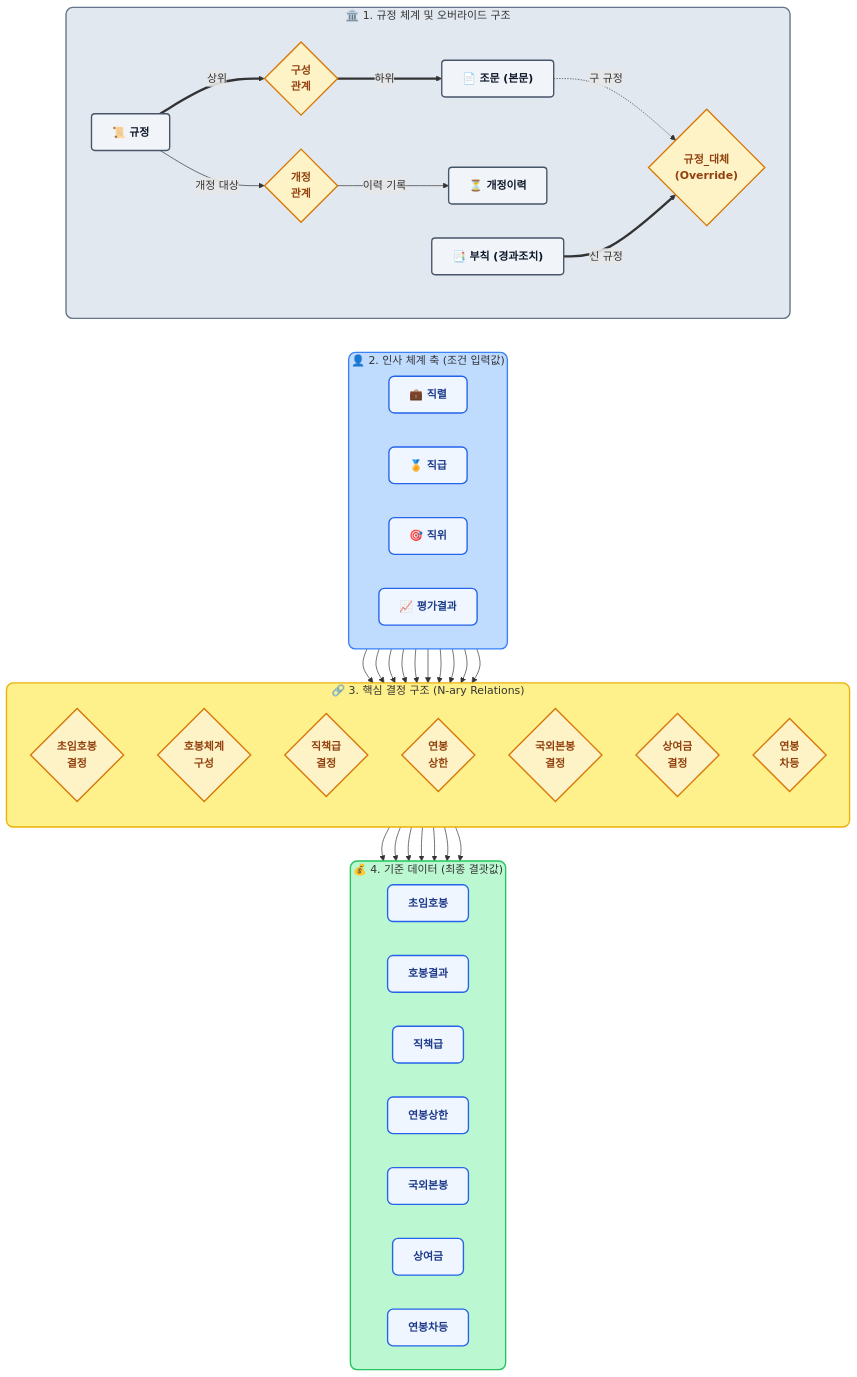
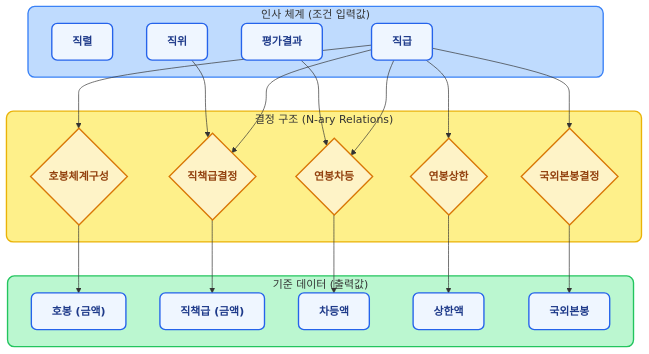
Before and after one commit to shezgone/bok-compensation-regulations: the diagram in README.md, drawn with Mermaid. The commit also changed other lines of this file and 12 other files, not shown here.

````diff
--- a/README.md
+++ b/README.md
@@ -45,85 +212,40 @@
 ```mermaid
 flowchart TD
-    %% 🎨 노드 스타일 정의 (Tailwind 기반 모던 컬러)
-    classDef doc fill:#F1F5F9,stroke:#475569,stroke-width:2px,color:#0F172A,font-weight:bold,rx:5,ry:5
     classDef entity fill:#EFF6FF,stroke:#2563EB,stroke-width:2px,color:#1E3A8A,font-weight:bold,rx:8,ry:8
     classDef relation fill:#FEF3C7,stroke:#D97706,stroke-width:2px,color:#92400E,font-weight:bold
-    
-    %% 🏛️ 1. 규정 체계
-    subgraph Cluster_Rule ["🏛️ 1. 규정 체계 및 오버라이드 구조 "]
-        direction LR
-        Regulation["📜 규정"]:::doc
-        Article["📄 조문 (본문)"]:::doc
-        Addendum["📑 부칙 (경과조치)"]:::doc
-        History["⏳ 개정이력"]:::doc
-        
-        Rel_Comp{"구성\n관계"}:::relation
-        Rel_Override{"규정_대체\n(Override)"}:::relation
-        Rel_Rev{"개정\n관계"}:::relation
 
-        Regulation ==>|상위| Rel_Comp ==>|하위| Article
-        Regulation -->|개정 대상| Rel_Rev -->|이력 기록| History
-        Article -.->|구 규정| Rel_Override
-        Addendum ==>|신 규정| Rel_Override
+    subgraph 인사체계["인사 체계 (조건 입력값)"]
+        직렬["직렬"]:::entity
+        직급["직급"]:::entity
+        직위["직위"]:::entity
+        평가결과["평가결과"]:::entity
     end
 
-    %% 👤 2. 인사 체계
-    subgraph Cluster_HR ["👤 2. 인사 체계 축 (조건 입력값)"]
-        direction LR
-        JobGroup["💼 직렬"]:::entity
-        Rank["🏅 직급"]:::entity
-        Position["🎯 직위"]:::entity
-        Eval["📈 평가결과"]:::entity
+    subgraph 결정관계["결정 구조 (N-ary Relations)"]
+        호봉체계구성{"호봉체계구성"}:::relation
+        직책급결정{"직책급결정"}:::relation
+        연봉차등{"연봉차등"}:::relation
+        연봉상한{"연봉상한"}:::relation
+        국외본봉결정{"국외본봉결정"}:::relation
     end
 
-    %% 🔗 3. 핵심 결정 관계
-    subgraph Cluster_Rel ["🔗 3. 핵심 결정 구조 (N-ary Relations)"]
-        direction TB
-        Rel_InitStep{"초임호봉\n결정"}:::relation
-        Rel_PayStep{"호봉체계\n구성"}:::relation
-        Rel_PositionPay{"직책급\n결정"}:::relation
-        Rel_SalCap{"연봉\n상한"}:::relation
-        Rel_Overseas{"국외본봉\n결정"}:::relation
-        Rel_Bonus{"상여금\n결정"}:::relation
-        Rel_SalDiff{"연봉\n차등"}:::relation
+    subgraph 기준데이터["기준 데이터 (출력값)"]
+        호봉["호봉 (금액)"]:::entity
+        직책급기준["직책급 (금액)"]:::entity
+        차등액기준["차등액"]:::entity
+        상한액기준["상한액"]:::entity
+        국외본봉기준["국외본봉"]:::entity
     end
 
-    %% 💰 4. 산출 체계
-    subgraph Cluster_Std ["💰 4. 기준 데이터 (최종 결괏값)"]
-        direction LR
-        InitStep["초임호봉"]:::entity
-        PayStep["호봉결과"]:::entity
-        PosPayStd["직책급"]:::entity
-        SalCapStd["연봉상한"]:::entity
-        OverseasStd["국외본봉"]:::entity
-        BonusStd["상여금"]:::entity
-        SalDiffStd["연봉차등"]:::entity
-    end
+    직급 --> 호봉체계구성 --> 호봉
+    직급 --> 직책급결정
+    직위 --> 직책급결정 --> 직책급기준
+    직급 --> 연봉차등
+    평가결과 --> 연봉차등 --> 차등액기준
+    직급 --> 연봉상한 --> 상한액기준
+    직급 --> 국외본봉결정 --> 국외본봉기준
 
-    %% 그룹 간 배치를 위한 가상 선 설정
-    Cluster_Rule ~~~ Cluster_HR
-    Cluster_HR ~~~ Cluster_Rel
-    Cluster_Rel ~~~ Cluster_Std
-
-    %% 매핑 선: 인사체계 -> 관계 -> 산출기준
-    JobGroup --> Rel_InitStep --> InitStep
-    Rank --> Rel_PayStep --> PayStep
-    
-    Rank --> Rel_PositionPay
-    Position --> Rel_PositionPay --> PosPayStd
-    
-    Rank --> Rel_SalCap --> SalCapStd
-    Rank --> Rel_Overseas --> OverseasStd
-    
-    Position --> Rel_Bonus
-    Eval --> Rel_Bonus --> BonusStd
-    
-    Rank --> Rel_SalDiff
-    Eval --> Rel_SalDiff --> SalDiffStd
-
-    %% 🎨 서브그래프 스타일 직접 적용 (둥근 테두리 및 배경색)
-    style Cluster_Rule fill:#e2e8f0,stroke:#64748b,stroke-width:2px,rx:10,ry:10
-    style Cluster_HR fill:#bfdbfe,stroke:#3b82f6,stroke-width:2px,rx:10,ry:10
-    style Cluster_Rel fill:#fef08a,stroke:#eab308,stroke-width:2px,rx:10,ry:10
-    style Cluster_Std fill:#bbf7d0,stroke:#22c55e,stroke-width:2px,rx:10,ry:10
+    style 인사체계 fill:#bfdbfe,stroke:#3b82f6,stroke-width:2px,rx:10,ry:10
+    style 결정관계 fill:#fef08a,stroke:#eab308,stroke-width:2px,rx:10,ry:10
+    style 기준데이터 fill:#bbf7d0,stroke:#22c55e,stroke-width:2px,rx:10,ry:10
 ```
````
